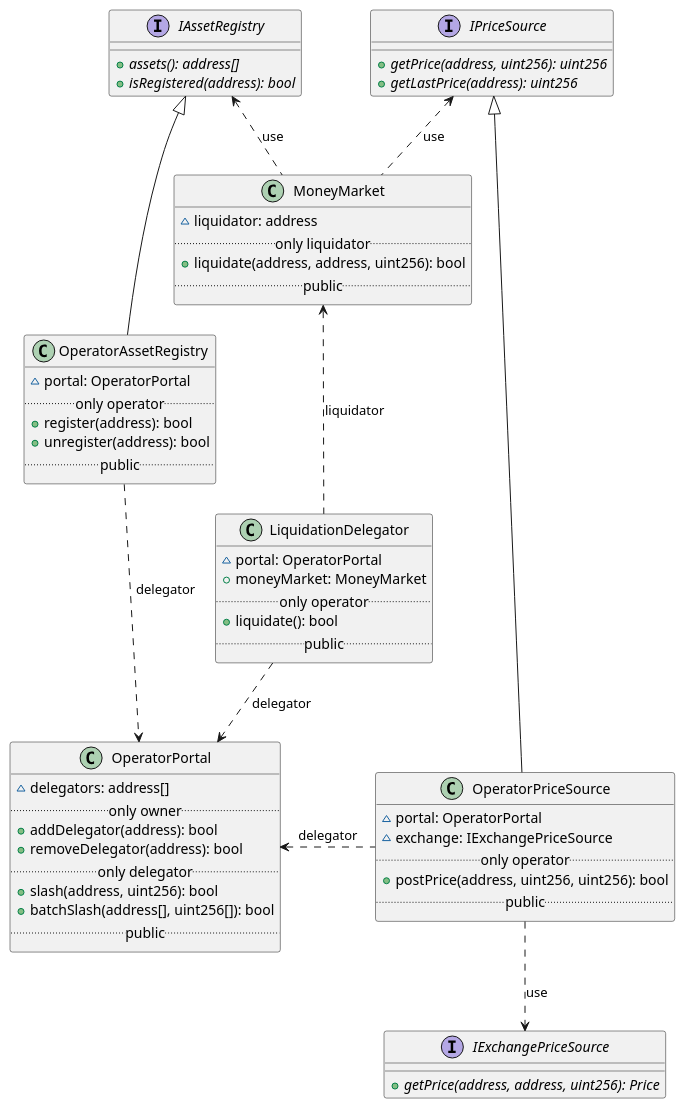
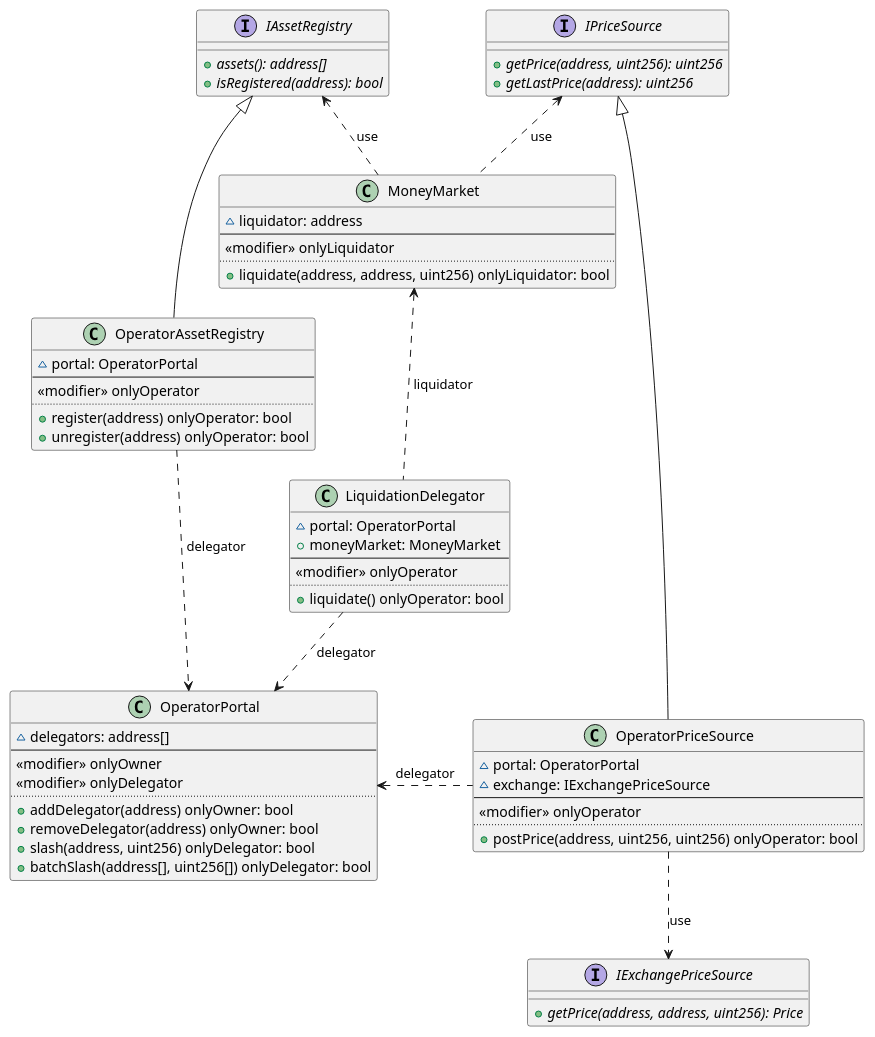
The diagram in doc/operation.puml (alice-finance/money-market), drawn with PlantUML before and after one commit.

Commit message:
Designing structures...

```diff
--- a/doc/operation.puml
+++ b/doc/operation.puml
@@ -1,74 +1,79 @@
 @startuml
 
 class OperatorPortal {
     ~ delegators: address[]
-    .. only owner ..
-    + addDelegator(address): bool
-    + removeDelegator(address): bool
-    .. only delegator ..
-    + slash(address, uint256): bool
-    + batchSlash(address[], uint256[]): bool
-    .. public ..
+    --
+    <<modifier>> onlyOwner
+    <<modifier>> onlyDelegator
+    ..
+    + addDelegator(address) onlyOwner: bool
+    + removeDelegator(address) onlyOwner: bool
+    + slash(address, uint256) onlyDelegator: bool
+    + batchSlash(address[], uint256[]) onlyDelegator: bool
 }
 
 interface IExchangePriceSource {
     + getPrice(address, address, uint256): Price {abstract}
 }
 
 interface IPriceSource {
     + getPrice(address, uint256): uint256 {abstract}
     + getLastPrice(address): uint256 {abstract}
 }
 
 IPriceSource <.down. MoneyMarket: use
 
 class OperatorPriceSource {
     ~ portal: OperatorPortal
     ~ exchange: IExchangePriceSource
-    .. only operator ..
-    + postPrice(address, uint256, uint256): bool
-    .. public ..
+    --
+    <<modifier>> onlyOperator
+    ..
+    + postPrice(address, uint256, uint256) onlyOperator: bool
 }
 
 OperatorPriceSource -up-|> IPriceSource
 OperatorPriceSource .left.> OperatorPortal : delegator
 OperatorPriceSource ..> IExchangePriceSource : use
 
 interface IAssetRegistry {
     + assets(): address[] {abstract}
     + isRegistered(address): bool {abstract}
 }
 
 IAssetRegistry <.down. MoneyMarket: use
 
 class OperatorAssetRegistry {
     ~ portal: OperatorPortal
-    .. only operator ..
-    + register(address): bool
-    + unregister(address): bool
-    .. public ..
+    --
+    <<modifier>> onlyOperator
+    ..
+    + register(address) onlyOperator: bool
+    + unregister(address) onlyOperator: bool
 }
 
 OperatorAssetRegistry -up-|> IAssetRegistry
 OperatorAssetRegistry .> OperatorPortal: delegator
 
 class LiquidationDelegator {
     ~ portal: OperatorPortal
     + moneyMarket: MoneyMarket
-    .. only operator ..
-    + liquidate(): bool
-    .. public ..
+    --
+    <<modifier>> onlyOperator
+    ..
+    + liquidate() onlyOperator: bool
 }
 
 LiquidationDelegator .down.> OperatorPortal: delegator
 
 class MoneyMarket {
     ~ liquidator: address
-    .. only liquidator ..
-    + liquidate(address, address, uint256): bool
-    .. public ..
+    --
+    <<modifier>> onlyLiquidator
+    ..
+    + liquidate(address, address, uint256) onlyLiquidator: bool
 }
 
 LiquidationDelegator .up.> MoneyMarket: liquidator
 
 @enduml
```
